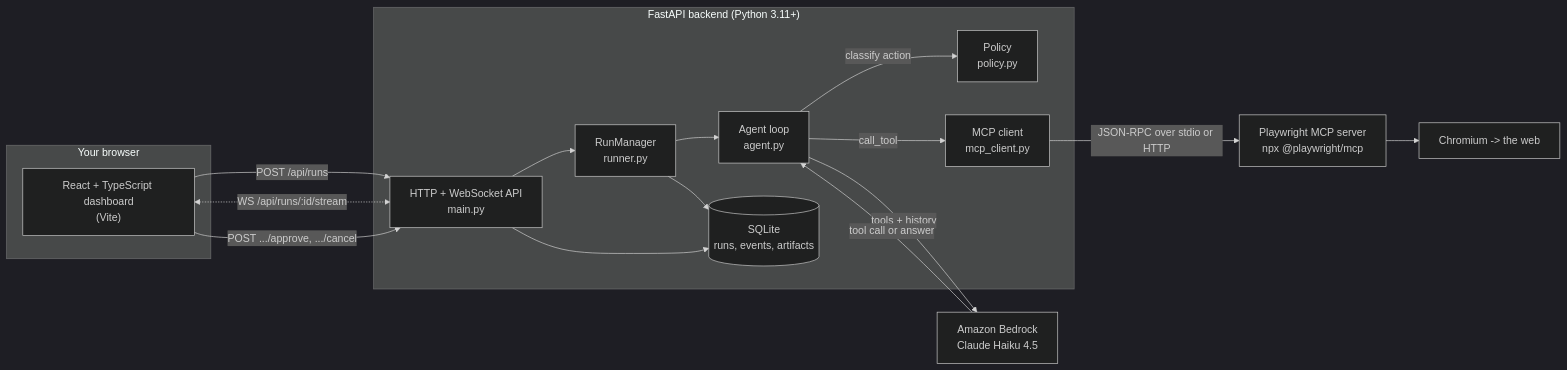
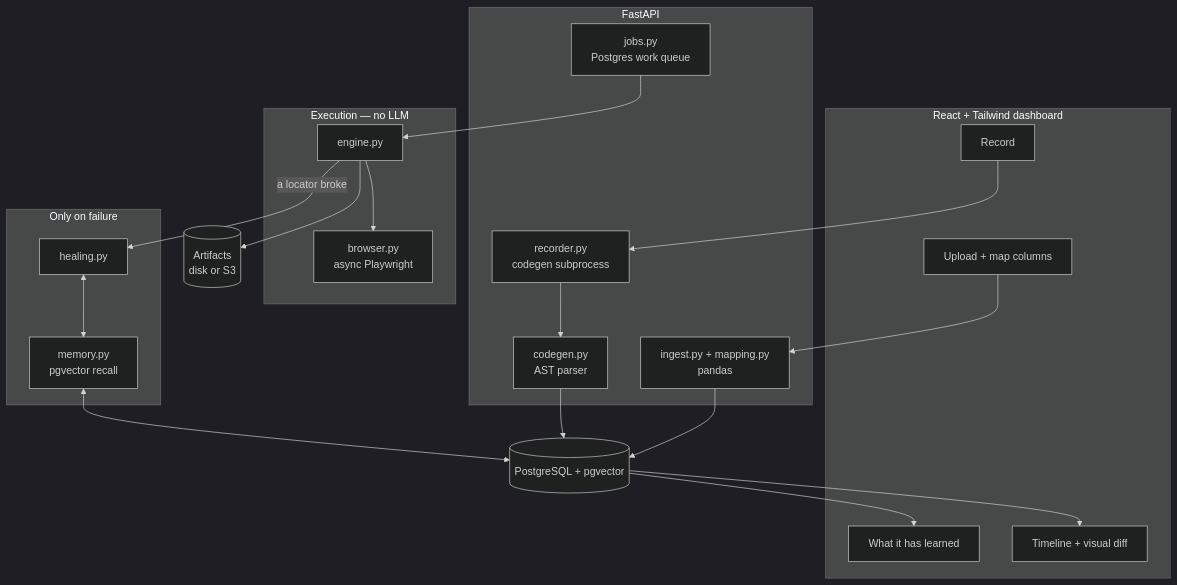
One commit to eldostech/browser-automation-latest changed the diagram in README.md. Above: the diagram before and after it, drawn with Mermaid (dark theme). The commit also changed other lines of this file and 140 other files, not shown here.

First line of the commit message:
Replace the agent with a deterministic record-and-replay engine

````diff
--- a/README.md
+++ b/README.md
@@ -43,33 +69,38 @@
 ```mermaid
-flowchart LR
-    subgraph Browser["Your browser"]
-        UI["React + TypeScript dashboard<br/>(Vite)"]
+flowchart TB
+    subgraph FE["React + Tailwind dashboard"]
+        REC["Record"]
+        MAP["Upload + map columns"]
+        TRAIL["Timeline + visual diff"]
+        LEARN["What it has learned"]
     end
 
-    subgraph Backend["FastAPI backend (Python 3.11+)"]
-        API["HTTP + WebSocket API<br/>main.py"]
-        RUN["RunManager<br/>runner.py"]
-        AG["Agent loop<br/>agent.py"]
-        POL["Policy<br/>policy.py"]
-        MC["MCP client<br/>mcp_client.py"]
-        DB[("SQLite<br/>runs, events, artifacts")]
+    subgraph API["FastAPI"]
+        RECORDER["recorder.py<br/>codegen subprocess"]
+        CODEGEN["codegen.py<br/>AST parser"]
+        INGEST["ingest.py + mapping.py<br/>pandas"]
+        QUEUE["jobs.py<br/>Postgres work queue"]
     end
 
-    LLM["Amazon Bedrock<br/>Claude Haiku 4.5"]
-    MCP["Playwright MCP server<br/>npx @playwright/mcp"]
-    WEB["Chromium -> the web"]
+    subgraph RUN["Execution — no LLM"]
+        ENGINE["engine.py"]
+        BROWSER["browser.py<br/>async Playwright"]
+    end
 
-    UI -- "POST /api/runs" --> API
-    UI <-. "WS /api/runs/:id/stream" .-> API
-    UI -- "POST .../approve, .../cancel" --> API
-    API --> RUN
-    RUN --> AG
-    AG -- "tools + history" --> LLM
-    LLM -- "tool call or answer" --> AG
-    AG -- "classify action" --> POL
-    AG -- "call_tool" --> MC
-    MC -- "JSON-RPC over stdio or HTTP" --> MCP
-    MCP --> WEB
-    RUN --> DB
-    API --> DB
+    subgraph HEAL["Only on failure"]
+        HEALER["healing.py"]
+        MEM["memory.py<br/>pgvector recall"]
+    end
+
+    DB[("PostgreSQL + pgvector")]
+    ART[("Artifacts<br/>disk or S3")]
+
+    REC --> RECORDER --> CODEGEN --> DB
+    MAP --> INGEST --> DB
+    QUEUE --> ENGINE --> BROWSER
+    ENGINE --> ART
+    ENGINE -->|"a locator broke"| HEALER
+    HEALER <--> MEM <--> DB
+    DB --> TRAIL
+    DB --> LEARN
 ```
````
